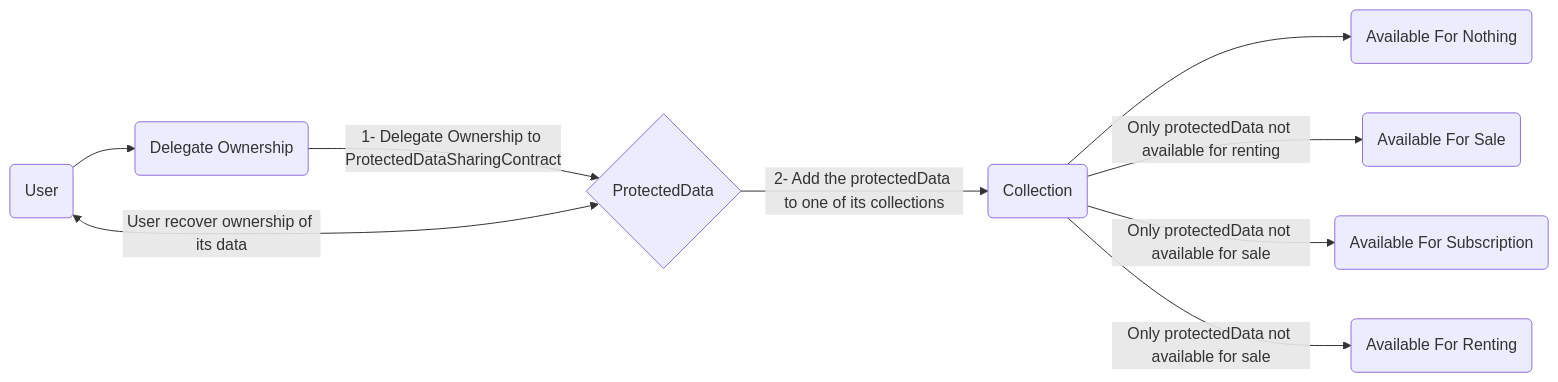
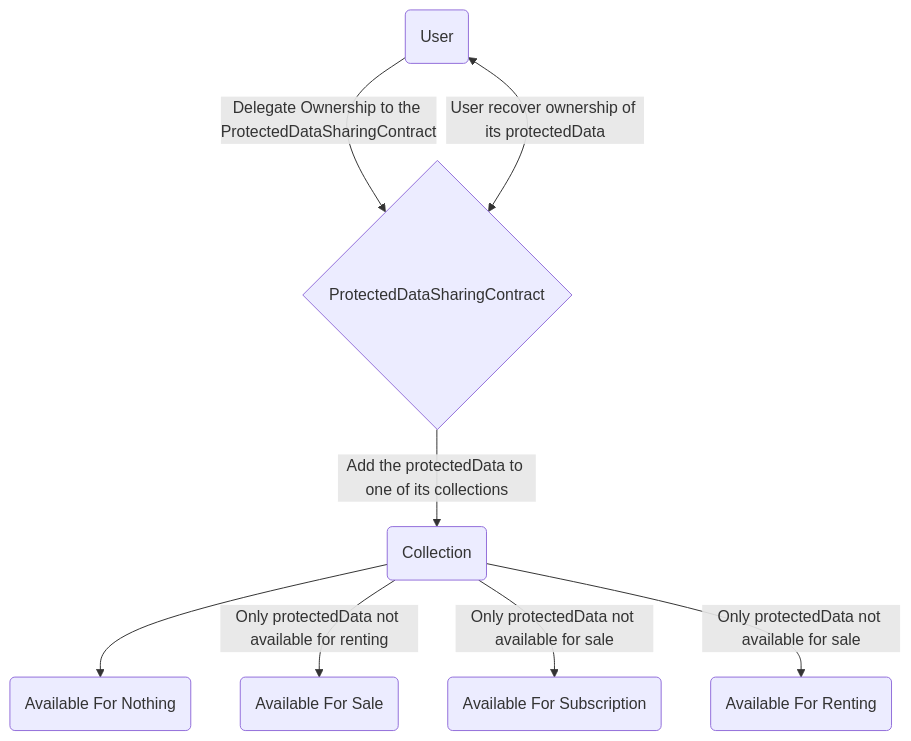
The diagram in packages/sharing-smart-contract/README.md (iExecBlockchainComputing/dataprotector-sdk), drawn with Mermaid before and after one commit.

Commit message:
update diagrams

`````diff
--- a/packages/sharing-smart-contract/README.md
+++ b/packages/sharing-smart-contract/README.md
@@ -19,11 +19,10 @@
 ```mermaid
-graph LR;
-    User(User) --> DelegateOwnership
-    DelegateOwnership(Delegate Ownership) --> | 1- Delegate Ownership to ProtectedDataSharingContract | ProtectedData{ProtectedData}
-    ProtectedData --> | 2- Add the protectedData to one of its collections | Collection(Collection)
-    ProtectedData <--> | User recover ownership of its data | User
+graph TB;
+    User(User) --> | Delegate Ownership to the ProtectedDataSharingContract | ProtectedDataSharingContract{ProtectedDataSharingContract}
+    ProtectedDataSharingContract --> | Add the protectedData to one of its collections | Collection(Collection)
+    ProtectedDataSharingContract <--> | User recover ownership of its protectedData | User
     Collection --> AvailableForNothing(Available For Nothing)
     Collection --> | Only protectedData not available for renting | AvailableForSale(Available For Sale)
     Collection --> | Only protectedData not available for sale | AvailableForSubscription(Available For Subscription)
     Collection --> | Only protectedData not available for sale | AvailableForRenting(Available For Renting)
 ````
`````
